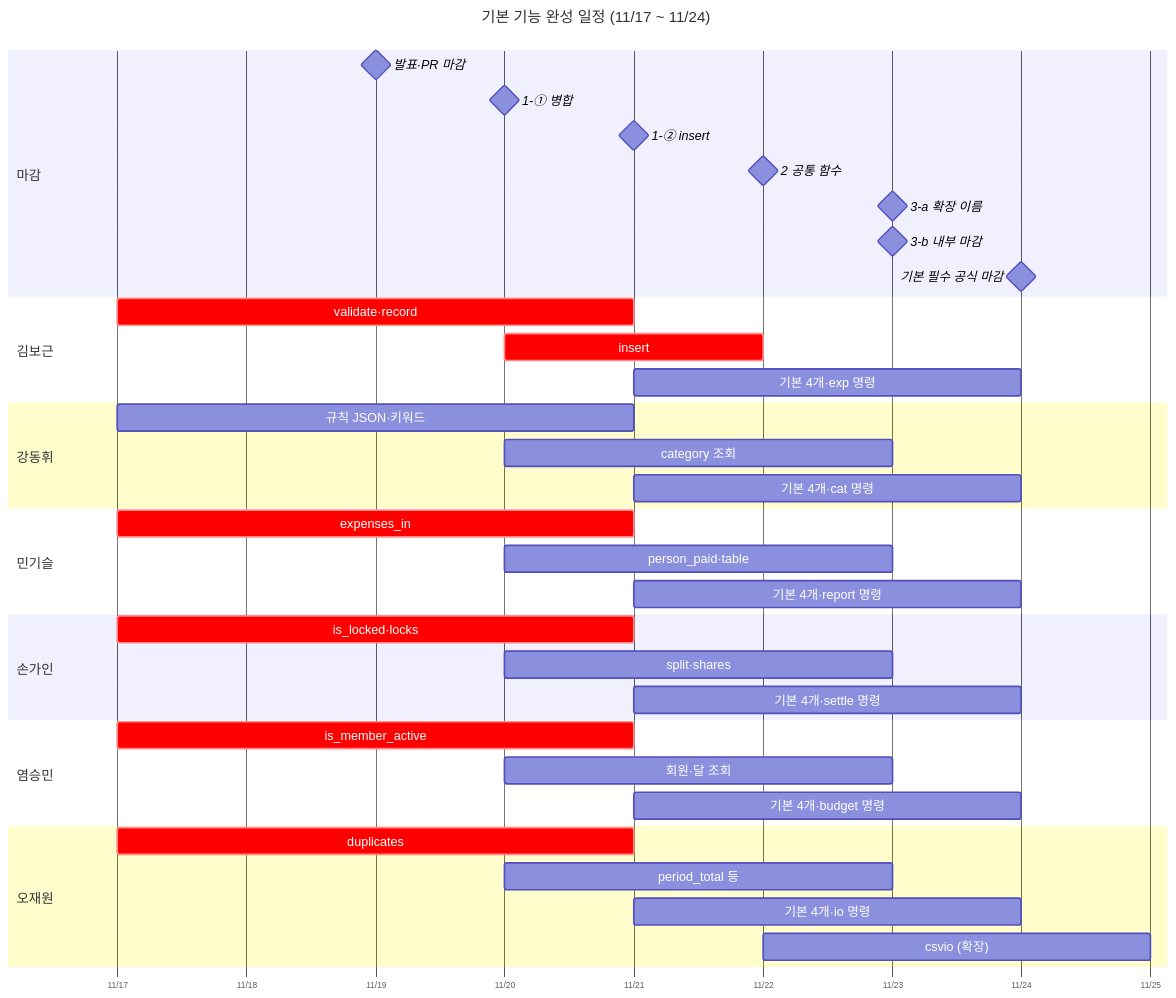
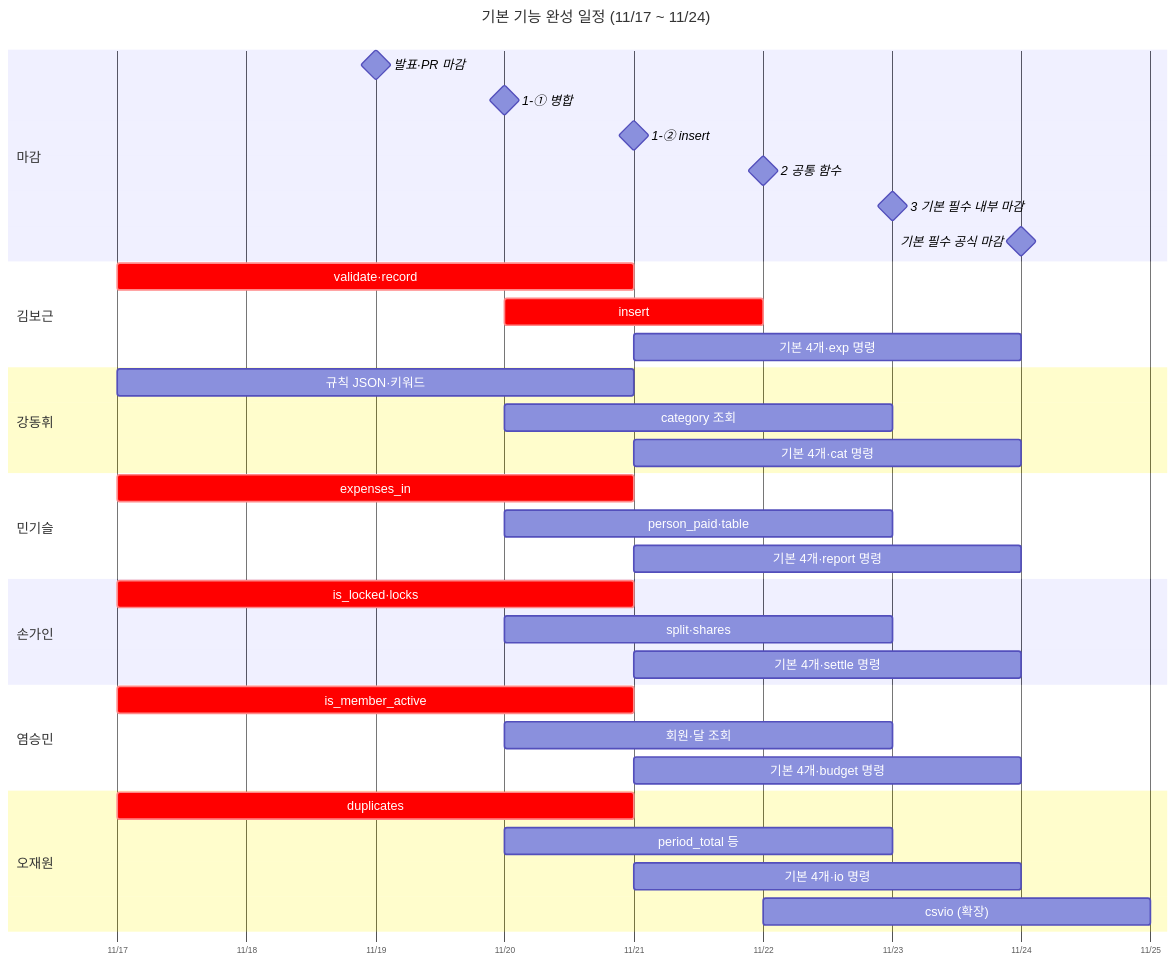
Before and after one commit to no-people/py_KKMOYS: the diagram in docs/역할분담_작업순서.md, drawn with Mermaid. The commit also changed other lines of this file, not shown here.

````diff
--- a/docs/역할분담_작업순서.md
+++ b/docs/역할분담_작업순서.md
@@ -88,48 +88,47 @@
 ```mermaid
 %%{init: {"gantt": {"useWidth": 1400, "barHeight": 32, "barGap": 10, "topPadding": 60, "leftPadding": 130, "rightPadding": 40, "gridLineStartPadding": 50, "fontSize": 15, "sectionFontSize": 16, "numberSectionStyles": 4}}}%%
 gantt
     title 기본 기능 완성 일정 (11/17 ~ 11/24)
     dateFormat YYYY-MM-DD
     axisFormat %m/%d
     tickInterval 1day
 
     section 마감
     발표·PR 마감        :milestone, m0, 2026-11-19, 0d
     1-① 병합            :milestone, m1, 2026-11-20, 0d
     1-② insert          :milestone, m2, 2026-11-21, 0d
     2 공통 함수          :milestone, m3, 2026-11-22, 0d
-    3-a 확장 이름        :milestone, m4, 2026-11-23, 0d
-    3-b 내부 마감        :milestone, m5, 2026-11-23, 0d
+    3 기본 필수 내부 마감 :milestone, m4, 2026-11-23, 0d
     기본 필수 공식 마감   :milestone, m6, 2026-11-24, 0d
 
     section 김보근
     validate·record     :crit, b1, 2026-11-17, 4d
     insert              :crit, b2, 2026-11-20, 2d
     기본 4개·exp 명령    :b3, 2026-11-21, 3d
 
     section 강동휘
     규칙 JSON·키워드     :d1, 2026-11-17, 4d
     category 조회        :d2, 2026-11-20, 3d
     기본 4개·cat 명령    :d3, 2026-11-21, 3d
 
     section 민기슬
     expenses_in         :crit, g1, 2026-11-17, 4d
     person_paid·table   :g2, 2026-11-20, 3d
     기본 4개·report 명령 :g3, 2026-11-21, 3d
 
     section 손가인
     is_locked·locks     :crit, s1, 2026-11-17, 4d
     split·shares        :s3, 2026-11-20, 3d
     기본 4개·settle 명령 :s4, 2026-11-21, 3d
 
     section 염승민
     is_member_active    :crit, y1, 2026-11-17, 4d
     회원·달 조회         :y3, 2026-11-20, 3d
     기본 4개·budget 명령 :y4, 2026-11-21, 3d
 
     section 오재원
     duplicates          :crit, o1, 2026-11-17, 4d
     period_total 등     :o3, 2026-11-20, 3d
     기본 4개·io 명령     :o5, 2026-11-21, 3d
     csvio (확장)        :o4, 2026-11-22, 3d
 ```
````
